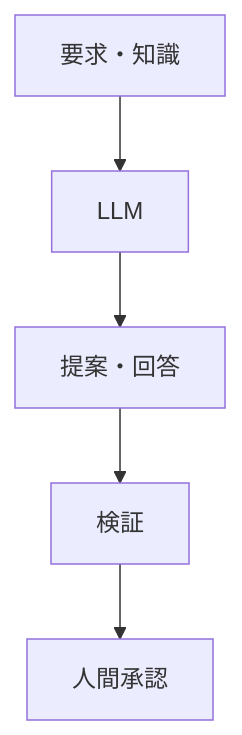
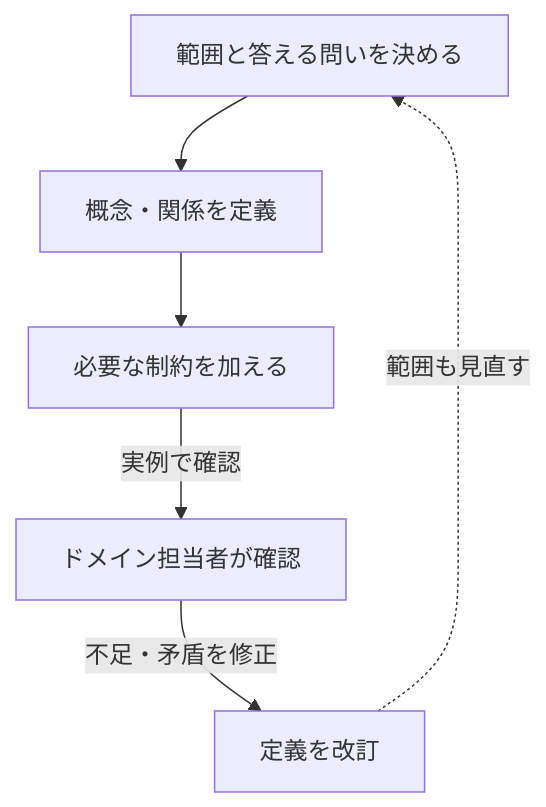
One commit to daylight55/research changed the sixth of 8 diagrams in articles/report/ontology-concept/ja/index.mdx. Above: the diagram before and after it, drawn with Mermaid. The commit also changed other lines of this file and 181 other files, not shown here.

First line of the commit message:
全記事の図解368点を再生成し、共通注意書きを削除 (#402)

````diff
--- a/articles/report/ontology-concept/ja/index.mdx
+++ b/articles/report/ontology-concept/ja/index.mdx
@@ -216,7 +309,15 @@
 ```mermaid
 flowchart TD
-  Ctx["要求・知識"] --> LLM["LLM"]
-  LLM --> Draft["提案・回答"]
-  Draft --> Val["検証"]
-  Val --> Human["人間承認"]
+  accTitle: 答える問いからOntologyを小さく設計する
+  accDescr: 範囲と問いを先に決め、概念・関係・制約を加え、ドメイン確認から改訂へ戻す。
+  N0["範囲と答える問いを決める"]
+  N1["概念・関係を定義"]
+  N2["必要な制約を加える"]
+  N3["ドメイン担当者が確認"]
+  N4["定義を改訂"]
+  N0 --> N1
+  N1 --> N2
+  N2 -->|実例で確認| N3
+  N3 -->|不足・矛盾を修正| N4
+  N4 -.->|範囲も見直す| N0
 ```
````
